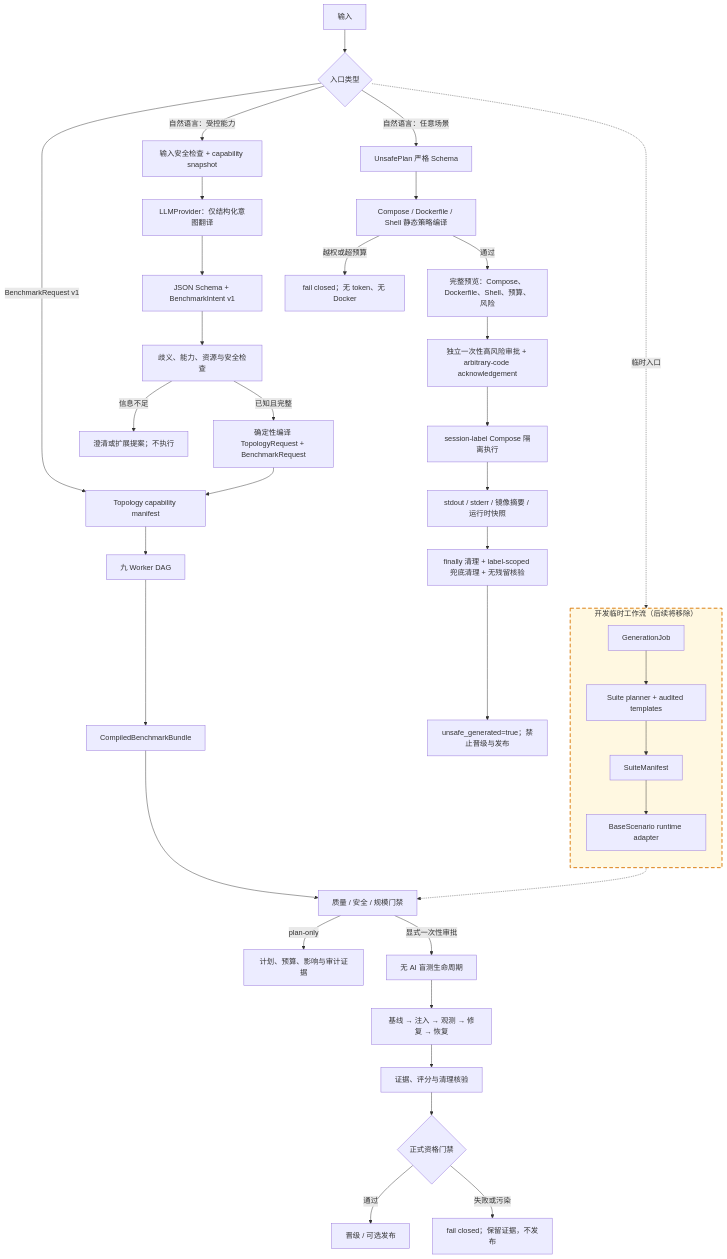
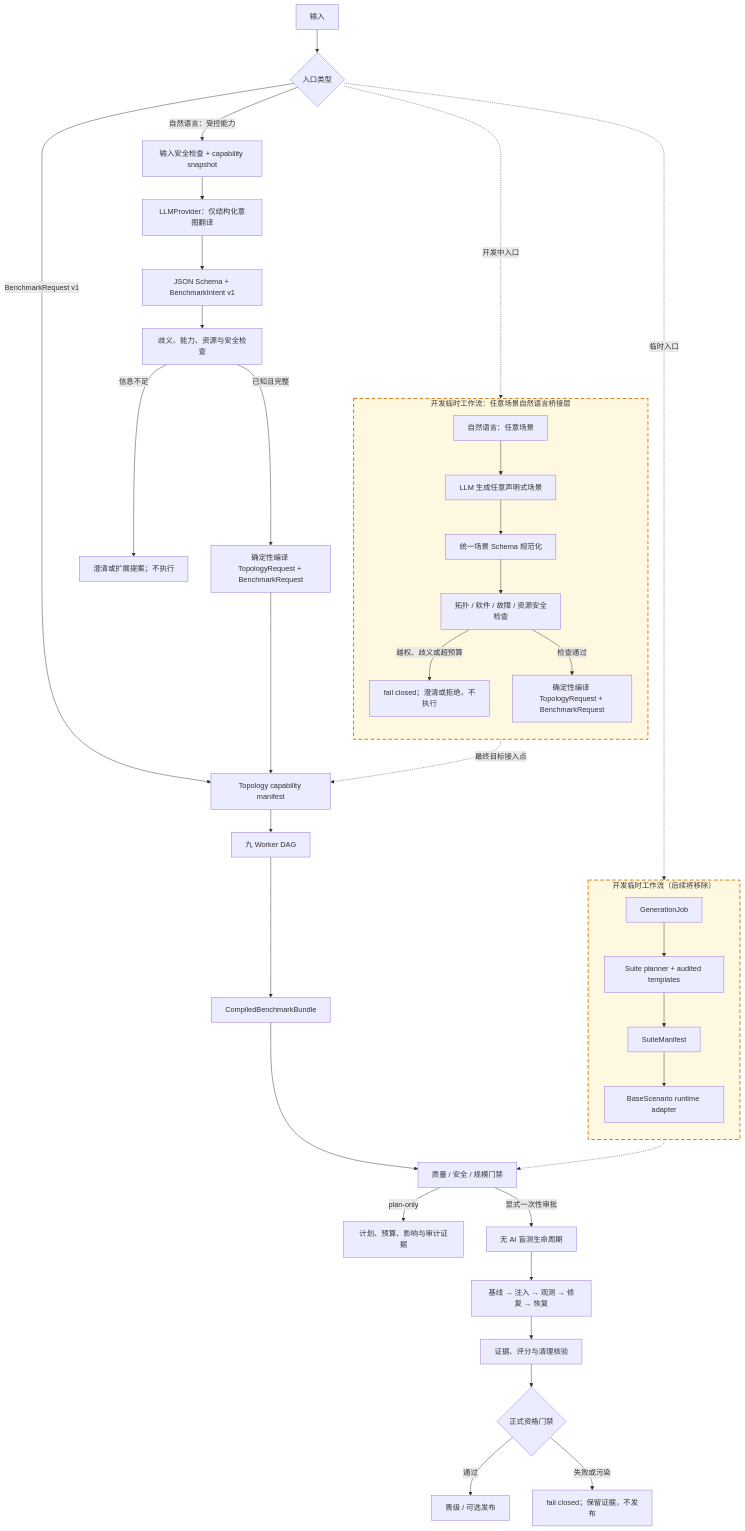
The diagram in benchmarks/generator/README.md (seed-labs/seed-emulator), drawn with Mermaid before and after one commit. The commit also changed other lines of this file, not shown here.

Commit message:
docs(generator): show arbitrary NL topology target

````diff
--- a/benchmarks/generator/README.md
+++ b/benchmarks/generator/README.md
@@ -18,45 +18,47 @@
 ```mermaid
 flowchart TB
     A["输入"] --> B{"入口类型"}
 
     subgraph TEMP["开发临时工作流（后续将移除）"]
         direction TB
         S1["GenerationJob"] --> S2["Suite planner + audited templates"]
         S2 --> S3["SuiteManifest"]
         S3 --> S4["BaseScenario runtime adapter"]
     end
     style TEMP fill:#fff8e1,stroke:#d97706,stroke-width:2px,stroke-dasharray:8 5
     B -.->|"临时入口"| S1
 
     B -->|"BenchmarkRequest v1"| P1["Topology capability manifest"]
     P1 --> P2["九 Worker DAG"]
     P2 --> P3["CompiledBenchmarkBundle"]
 
     B -->|"自然语言：受控能力"| N1["输入安全检查 + capability snapshot"]
     N1 --> N2["LLMProvider：仅结构化意图翻译"]
     N2 --> N3["JSON Schema + BenchmarkIntent v1"]
     N3 --> N4["歧义、能力、资源与安全检查"]
     N4 -->|"信息不足"| NC["澄清或扩展提案；不执行"]
     N4 -->|"已知且完整"| N5["确定性编译 TopologyRequest + BenchmarkRequest"]
     N5 --> P1
 
-    B -->|"自然语言：任意场景"| U1["UnsafePlan 严格 Schema"]
-    U1 --> U2["Compose / Dockerfile / Shell 静态策略编译"]
-    U2 -->|"越权或超预算"| UR["fail closed；无 token、无 Docker"]
-    U2 -->|"通过"| U3["完整预览：Compose、Dockerfile、Shell、预算、风险"]
-    U3 --> U4["独立一次性高风险审批 + arbitrary-code acknowledgement"]
-    U4 --> U5["session-label Compose 隔离执行"]
-    U5 --> U6["stdout / stderr / 镜像摘要 / 运行时快照"]
-    U6 --> U7["finally 清理 + label-scoped 兜底清理 + 无残留核验"]
-    U7 --> UX["unsafe_generated=true；禁止晋级与发布"]
+    subgraph ARBITRARY_TEMP["开发临时工作流：任意场景自然语言桥接层"]
+        direction TB
+        U1["自然语言：任意场景"] --> U2["LLM 生成任意声明式场景"]
+        U2 --> U3["统一场景 Schema 规范化"]
+        U3 --> U4["拓扑 / 软件 / 故障 / 资源安全检查"]
+        U4 -->|"越权、歧义或超预算"| UR["fail closed；澄清或拒绝，不执行"]
+        U4 -->|"检查通过"| U5["确定性编译 TopologyRequest + BenchmarkRequest"]
+    end
+    style ARBITRARY_TEMP fill:#fff8e1,stroke:#d97706,stroke-width:2px,stroke-dasharray:8 5
+    B -.->|"开发中入口"| U1
+    U5 -.->|"最终目标接入点"| P1
 
     P3 --> G["质量 / 安全 / 规模门禁"]
     S4 -.-> G
     G -->|"plan-only"| PV["计划、预算、影响与审计证据"]
     G -->|"显式一次性审批"| L["无 AI 盲测生命周期"]
     L --> L1["基线 → 注入 → 观测 → 修复 → 恢复"]
     L1 --> E["证据、评分与清理核验"]
     E --> Q{"正式资格门禁"}
     Q -->|"通过"| PUB["晋级 / 可选发布"]
     Q -->|"失败或污染"| FAIL["fail closed；保留证据，不发布"]
 ```
````
